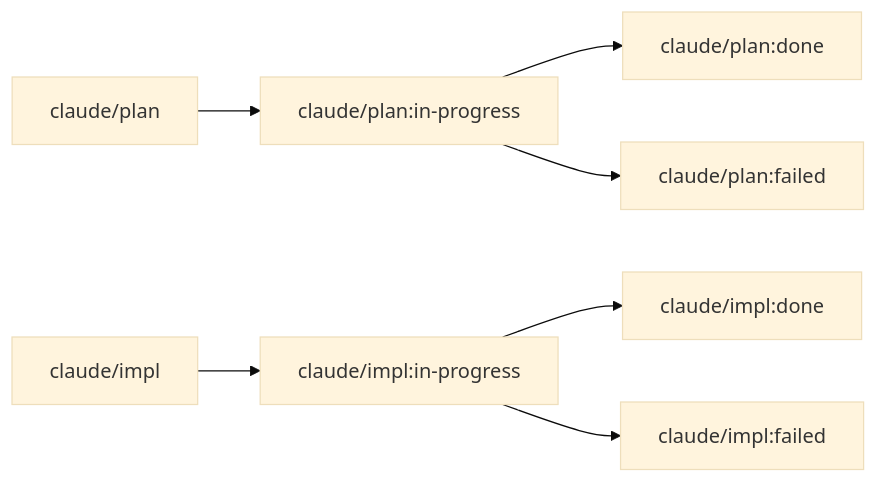
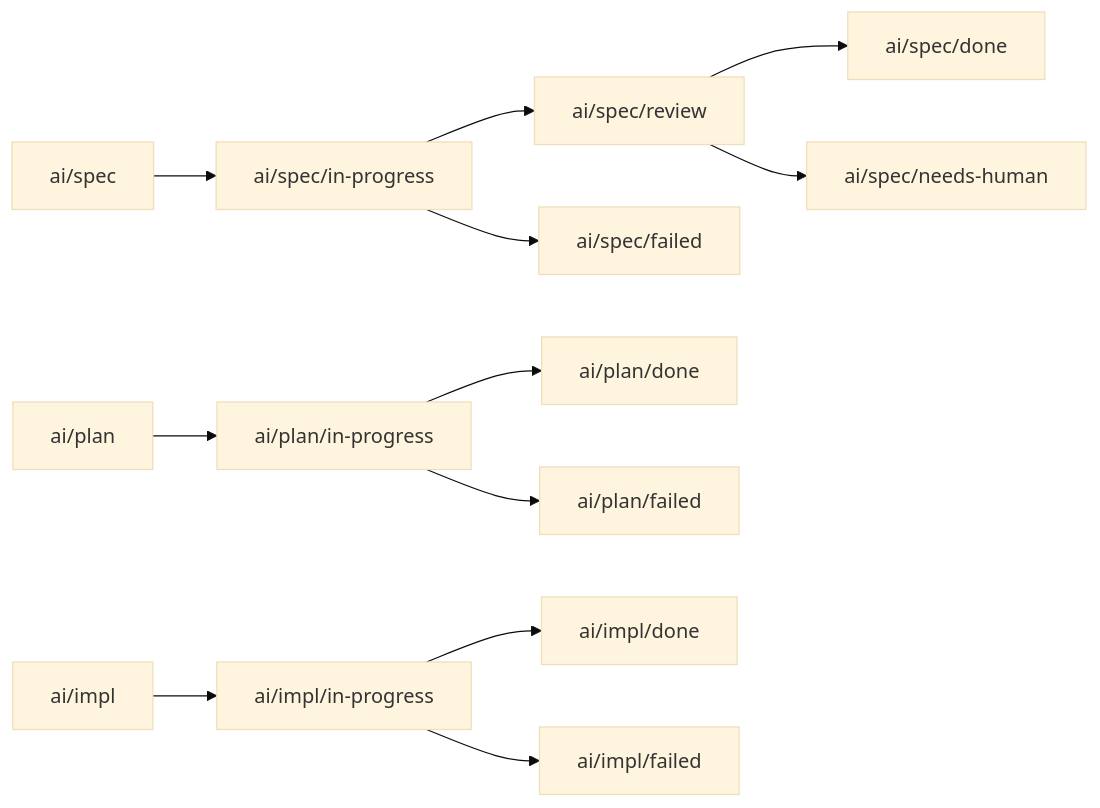
One commit to nonz250/sabori-flow changed the second of 2 diagrams in README.md. Above: the diagram before and after it, drawn with Mermaid (base theme). The commit also changed other lines of this file and 2 other files, not shown here.

First line of the commit message:
docs: update README, README.ja, and CLAUDE.md for spec phase

````diff
--- a/README.md
+++ b/README.md
@@ -169,10 +171,16 @@
 ```mermaid
 flowchart LR
-    A["claude/plan"] --> B["claude/plan#colon;in-progress"]
-    B --> C["claude/plan#colon;done"]
-    B --> D["claude/plan#colon;failed"]
+    A["ai/spec"] --> B["ai/spec/in-progress"]
+    B --> C["ai/spec/review"]
+    C --> D["ai/spec/done"]
+    C --> E["ai/spec/needs-human"]
+    B --> F["ai/spec/failed"]
 
-    E["claude/impl"] --> F["claude/impl#colon;in-progress"]
-    F --> G["claude/impl#colon;done"]
-    F --> H["claude/impl#colon;failed"]
+    G["ai/plan"] --> H["ai/plan/in-progress"]
+    H --> I["ai/plan/done"]
+    H --> J["ai/plan/failed"]
+
+    K["ai/impl"] --> L["ai/impl/in-progress"]
+    L --> M["ai/impl/done"]
+    L --> N["ai/impl/failed"]
 ```
````
